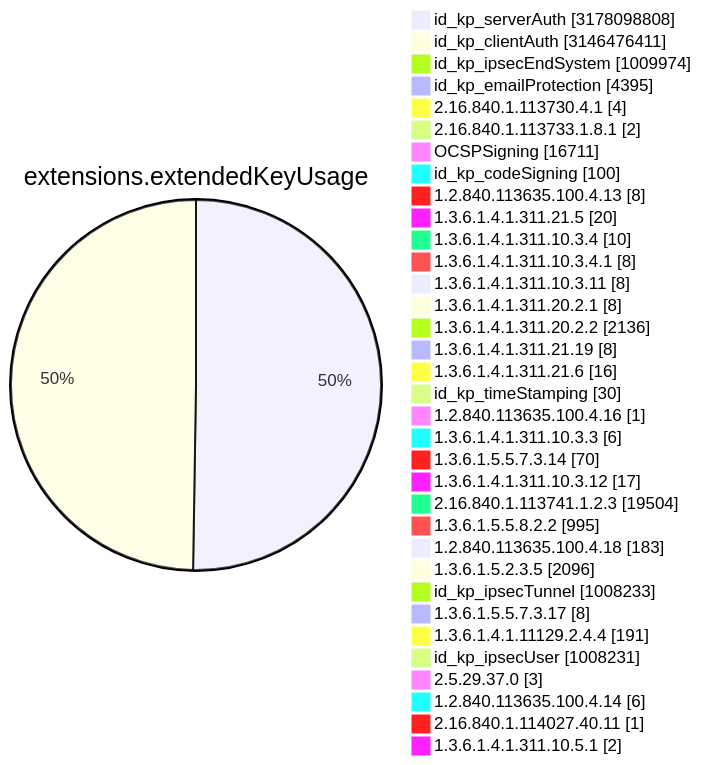
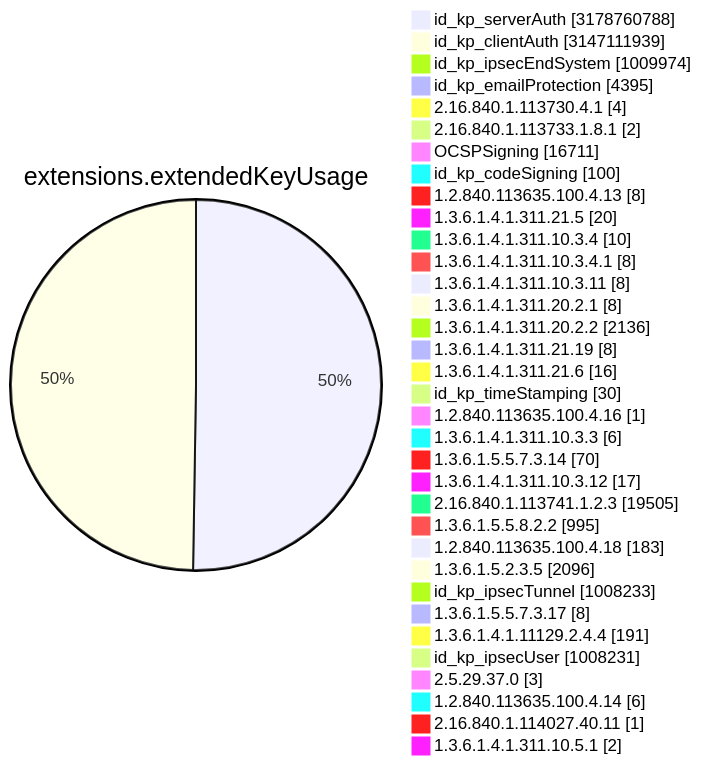
Before and after one commit to christiankrug/ctmonitor_visualization: diagram 11 of 15 in TOTAL/README.md, drawn with Mermaid. The commit also changed other lines of this file, not shown here.

````diff
--- a/TOTAL/README.md
+++ b/TOTAL/README.md
@@ -4119,38 +4119,38 @@
 ```mermaid
 pie showData
 title extensions.extendedKeyUsage
-"id_kp_serverAuth" :3178098808
-"id_kp_clientAuth" :3146476411
+"id_kp_serverAuth" :3178760788
+"id_kp_clientAuth" :3147111939
 "id_kp_ipsecEndSystem" :1009974
 "id_kp_emailProtection" :4395
 "2.16.840.1.113730.4.1" :4
 "2.16.840.1.113733.1.8.1" :2
 "OCSPSigning" :16711
 "id_kp_codeSigning" :100
 "1.2.840.113635.100.4.13" :8
 "1.3.6.1.4.1.311.21.5" :20
 "1.3.6.1.4.1.311.10.3.4" :10
 "1.3.6.1.4.1.311.10.3.4.1" :8
 "1.3.6.1.4.1.311.10.3.11" :8
 "1.3.6.1.4.1.311.20.2.1" :8
 "1.3.6.1.4.1.311.20.2.2" :2136
 "1.3.6.1.4.1.311.21.19" :8
 "1.3.6.1.4.1.311.21.6" :16
 "id_kp_timeStamping" :30
 "1.2.840.113635.100.4.16" :1
 "1.3.6.1.4.1.311.10.3.3" :6
 "1.3.6.1.5.5.7.3.14" :70
 "1.3.6.1.4.1.311.10.3.12" :17
-"2.16.840.1.113741.1.2.3" :19504
+"2.16.840.1.113741.1.2.3" :19505
 "1.3.6.1.5.5.8.2.2" :995
 "1.2.840.113635.100.4.18" :183
 "1.3.6.1.5.2.3.5" :2096
 "id_kp_ipsecTunnel" :1008233
 "1.3.6.1.5.5.7.3.17" :8
 "1.3.6.1.4.1.11129.2.4.4" :191
 "id_kp_ipsecUser" :1008231
 "2.5.29.37.0" :3
 "1.2.840.113635.100.4.14" :6
 "2.16.840.1.114027.40.11" :1
 "1.3.6.1.4.1.311.10.5.1" :2
 ```
````
